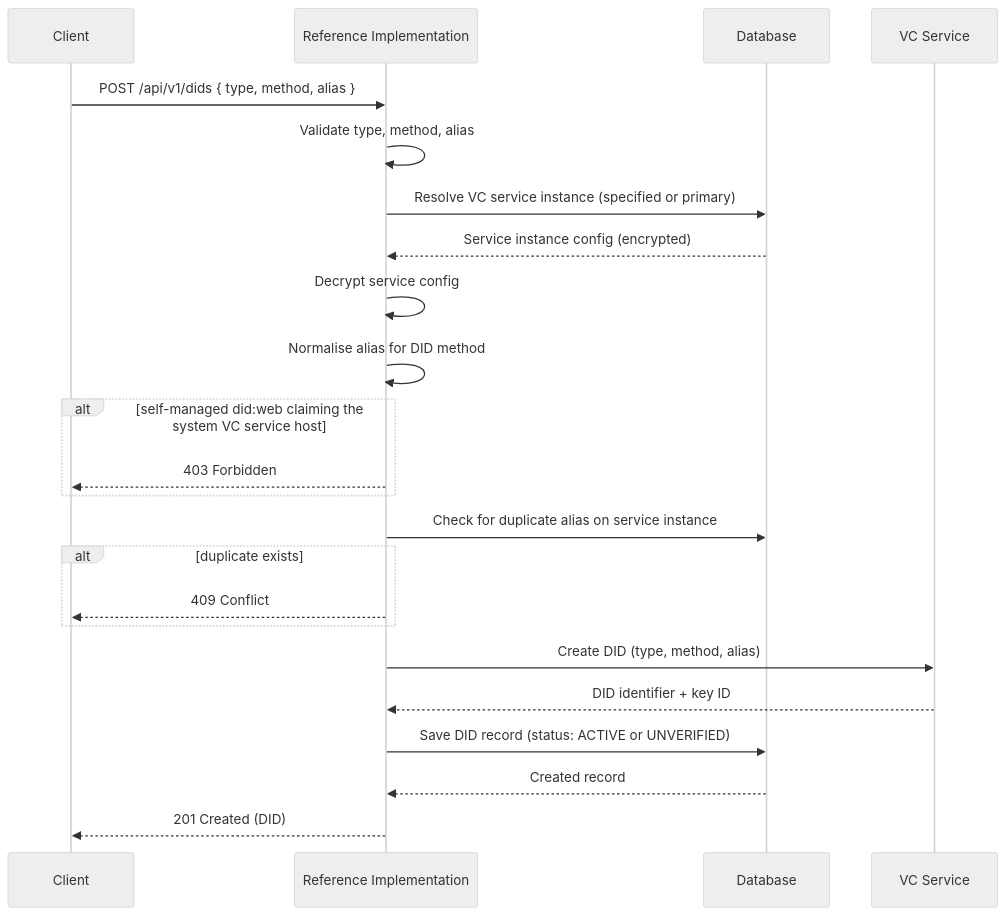
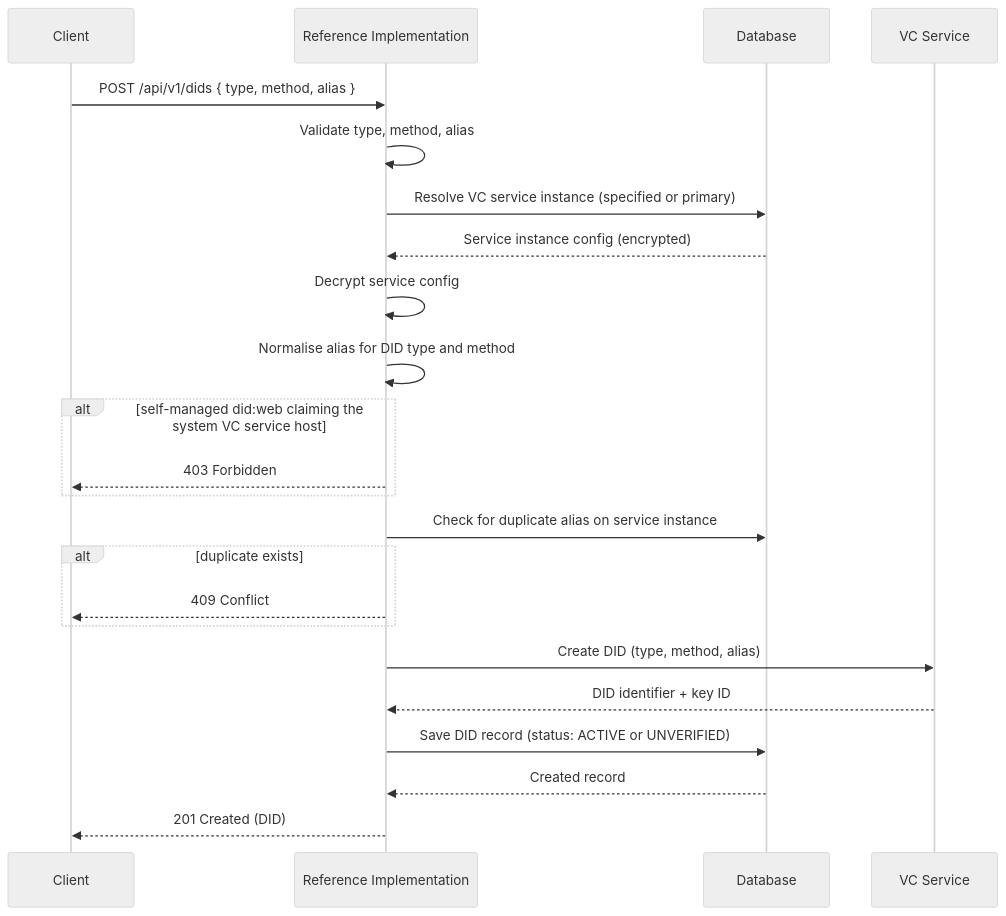
Before and after one commit to uncefact/tests-untp: the first of 5 diagrams in documentation/docs/reference-implementation/api/dids.md, drawn with Mermaid (neutral theme). The commit also changed other lines of this file and 1 other file, not shown here.

Commit message:
fix(docs): describe the DID alias per type rather than as a domain
The create-DID field table and the Swagger request body both described alias
as the domain that will host the DID document. That holds only for
SELF_MANAGED. A MANAGED alias is a short name the verifiable credential
service prefixes with its own host, and it is normalised with dots and colons
stripped, so a client following the old description and passing example.com
for a MANAGED DID got did:web:vckit.example.com:examplecom.

The page's own MANAGED and SELF_MANAGED sections already drew this
distinction; the field table and Swagger flattened both into the self-managed
rule. The sequence diagram's normalisation step now also names the type,
since the rule applied depends on it.

````diff
--- a/documentation/docs/reference-implementation/api/dids.md
+++ b/documentation/docs/reference-implementation/api/dids.md
@@ -137,26 +137,26 @@
 ```mermaid
 sequenceDiagram
     participant Client
     participant RI as Reference Implementation
     participant DB as Database
     participant VC as VC Service
 
     Client->>RI: POST /api/v1/dids { type, method, alias }
     RI->>RI: Validate type, method, alias
     RI->>DB: Resolve VC service instance (specified or primary)
     DB-->>RI: Service instance config (encrypted)
     RI->>RI: Decrypt service config
-    RI->>RI: Normalise alias for DID method
+    RI->>RI: Normalise alias for DID type and method
     alt self-managed did:web claiming the system VC service host
         RI-->>Client: 403 Forbidden
     end
     RI->>DB: Check for duplicate alias on service instance
     alt duplicate exists
         RI-->>Client: 409 Conflict
     end
     RI->>VC: Create DID (type, method, alias)
     VC-->>RI: DID identifier + key ID
     RI->>DB: Save DID record (status: ACTIVE or UNVERIFIED)
     DB-->>RI: Created record
     RI-->>Client: 201 Created (DID)
 ```
````
